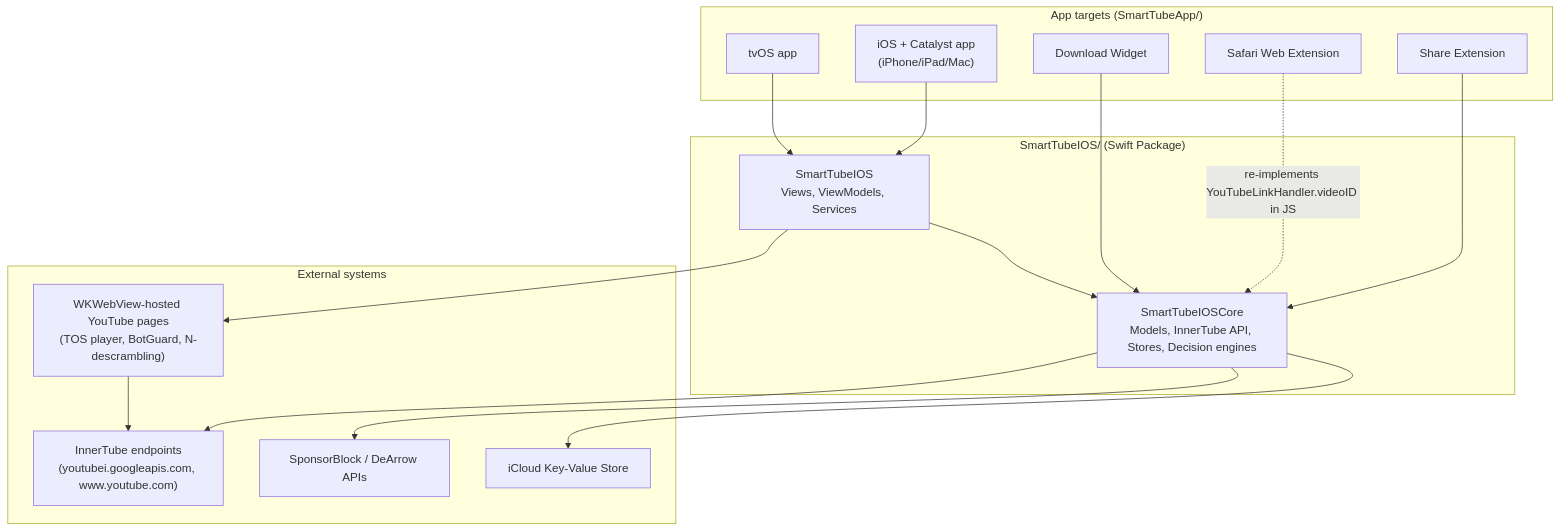
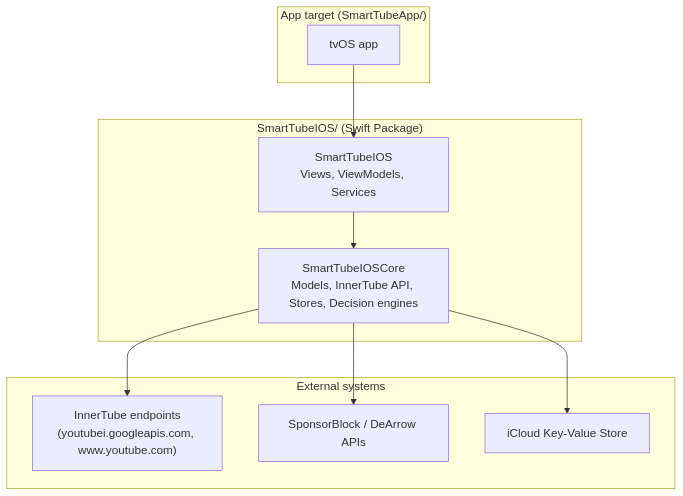
One commit to ThomasHack/NewTube-iOS changed the diagram in docs/architecture.md. Above: the diagram before and after it, drawn with Mermaid. The commit also changed other lines of this file and 18 other files, not shown here.

````diff
--- a/docs/architecture.md
+++ b/docs/architecture.md
@@ -9,32 +9,21 @@
 ```mermaid
 graph TD
-    subgraph Apps["App targets (SmartTubeApp/)"]
-        iOS["iOS + Catalyst app<br/>(iPhone/iPad/Mac)"]
+    subgraph Apps["App target (SmartTubeApp/)"]
         TV["tvOS app"]
-        Share["Share Extension"]
-        Safari["Safari Web Extension"]
-        Widget["Download Widget"]
     end
     subgraph Pkg["SmartTubeIOS/ (Swift Package)"]
         UI["SmartTubeIOS<br/>Views, ViewModels, Services"]
         Core["SmartTubeIOSCore<br/>Models, InnerTube API, Stores, Decision engines"]
     end
     subgraph Ext["External systems"]
         InnerTube["InnerTube endpoints<br/>(youtubei.googleapis.com, www.youtube.com)"]
         SponsorBlock["SponsorBlock / DeArrow APIs"]
         iCloudKVS["iCloud Key-Value Store"]
-        WebPlayer["WKWebView-hosted YouTube pages<br/>(TOS player, BotGuard, N-descrambling)"]
     end
 
-    iOS --> UI
     TV --> UI
-    Share --> Core
-    Safari -.->|"re-implements YouTubeLinkHandler.videoID in JS"| Core
-    Widget --> Core
     UI --> Core
     Core --> InnerTube
     Core --> SponsorBlock
     Core --> iCloudKVS
-    UI --> WebPlayer
-    WebPlayer --> InnerTube
 ```
````
